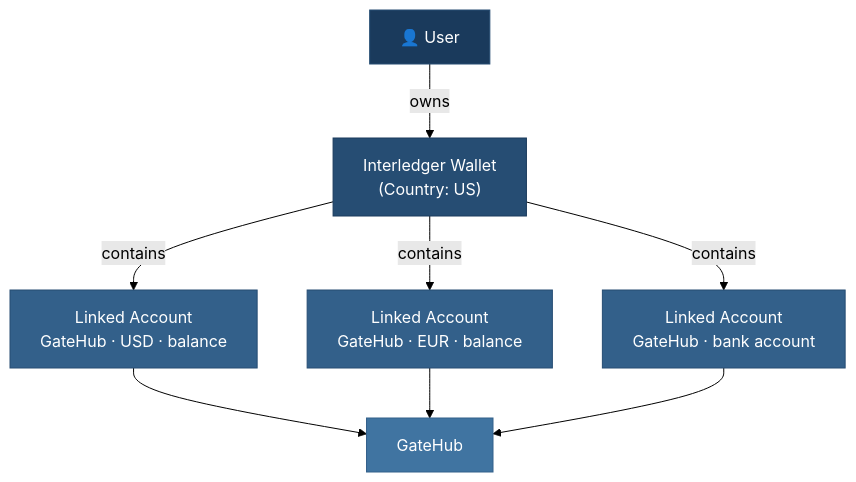
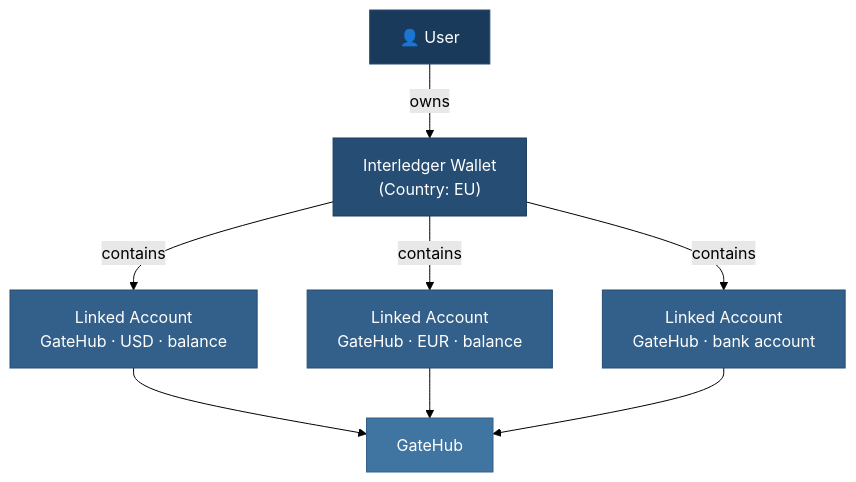
One commit to interledger/interledger-app changed the diagram in documentation/docs/terminology.md. Above: the diagram before and after it, drawn with Mermaid (forest theme). The commit also changed 2 other files, not shown here.

Commit message:
docs: fixed instances where gatehub and PTI was swapped around

````diff
--- a/documentation/docs/terminology.md
+++ b/documentation/docs/terminology.md
@@ -33,25 +33,25 @@
 ```mermaid
 graph TD
     User["👤 User"]
-    Wallet["Interledger Wallet<br/>(Country: US)"]
+    Wallet["Interledger Wallet<br/>(Country: EU)"]
 
     User -->|owns| Wallet
 
     Wallet -->|contains| LA1["Linked Account<br/>GateHub · USD · balance"]
     Wallet -->|contains| LA2["Linked Account<br/>GateHub · EUR · balance"]
     Wallet -->|contains| LA3["Linked Account<br/>GateHub · bank account"]
 
     LA1 --> Provider1["GateHub"]
     LA2 --> Provider1
     LA3 --> Provider1
 
     classDef user fill:#1a3a5c,stroke:#264d73,color:#ffffff
     classDef wallet fill:#264d73,stroke:#1a3a5c,color:#ffffff
     classDef la fill:#33608a,stroke:#264d73,color:#ffffff
     classDef provider fill:#4074a1,stroke:#33608a,color:#ffffff
 
     class User user
     class Wallet wallet
     class LA1,LA2,LA3 la
     class Provider1 provider
 ```
````
